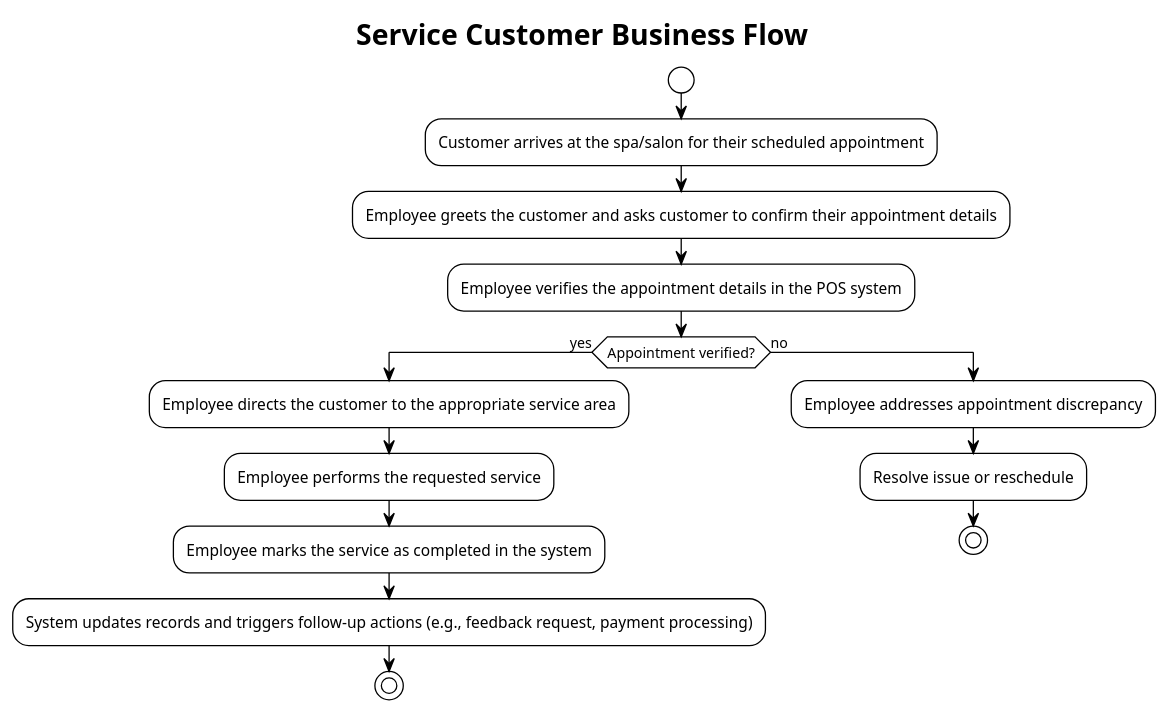
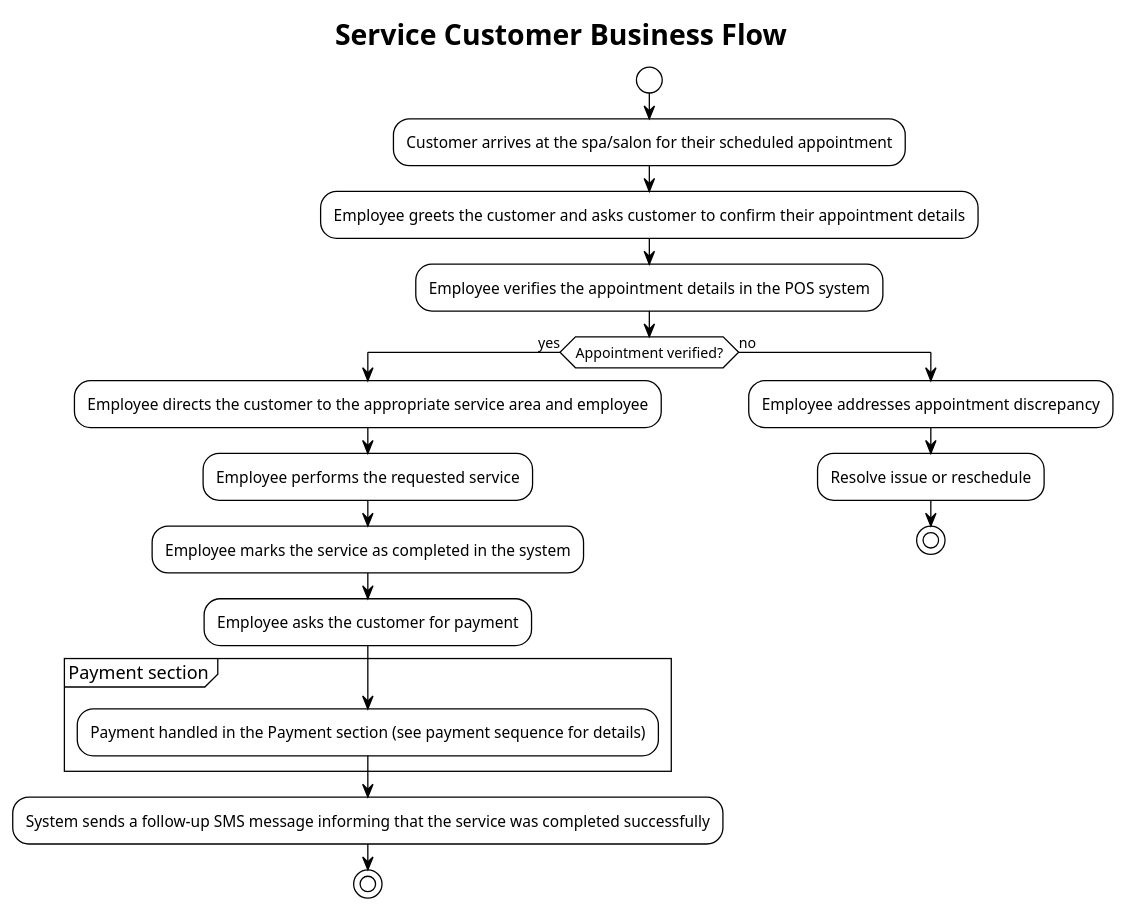
The diagram in docs/ps-design/design-document/diagrams/services/service_customer_flow.puml (user5427/ps-design), drawn with PlantUML before and after one commit. The commit also changed 19 other files, not shown here.

```diff
--- a/docs/ps-design/design-document/diagrams/services/service_customer_flow.puml
+++ b/docs/ps-design/design-document/diagrams/services/service_customer_flow.puml
@@ -1,21 +1,25 @@
 @startuml service_customer_flow
 !theme plain
 title Service Customer Business Flow
 
 start
 :Customer arrives at the spa/salon for their scheduled appointment;
 :Employee greets the customer and asks customer to confirm their appointment details;
 :Employee verifies the appointment details in the POS system;
 if (Appointment verified?) then (yes)
-  :Employee directs the customer to the appropriate service area;
+  :Employee directs the customer to the appropriate service area and employee;
   :Employee performs the requested service;
   :Employee marks the service as completed in the system;
-  :System updates records and triggers follow-up actions (e.g., feedback request, payment processing);
+  :Employee asks the customer for payment;
+  group Payment section
+    :Payment handled in the Payment section (see payment sequence for details);
+  end group
+  :System sends a follow-up SMS message informing that the service was completed successfully;
   stop
 else (no)
   :Employee addresses appointment discrepancy;
   :Resolve issue or reschedule;
   stop
 endif
 
 @enduml
```
